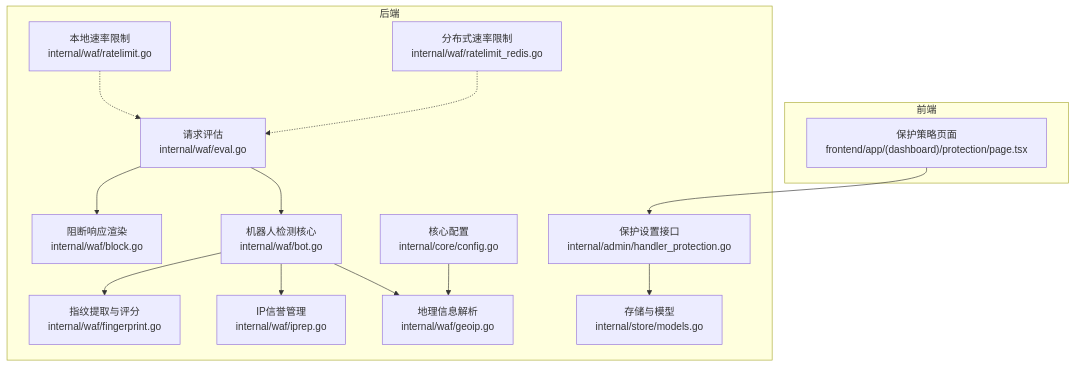
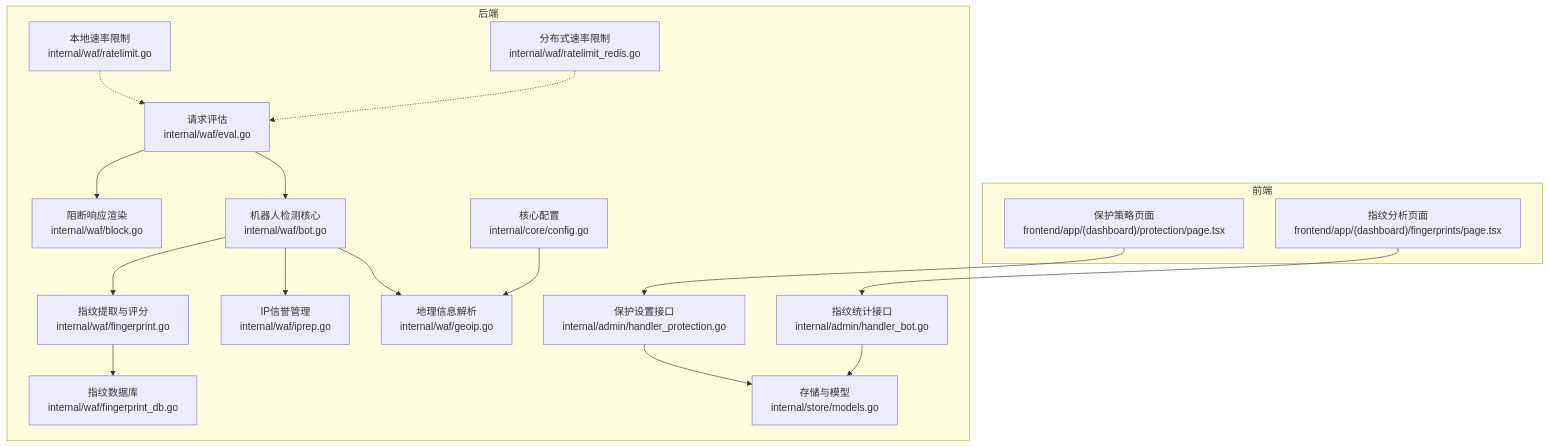
The first of 8 diagrams in docs/安全防护功能/机器人检测.md (x01n/My-OpenWaf), drawn with Mermaid before and after one commit. The commit also changed other lines of this file and 51 other files, not shown here.

````diff
--- a/docs/安全防护功能/机器人检测.md
+++ b/docs/安全防护功能/机器人检测.md
@@ -46,29 +62,35 @@
 ```mermaid
 graph TB
 subgraph "前端"
 FE_Protection["保护策略页面<br/>frontend/app/(dashboard)/protection/page.tsx"]
+FE_Fingerprints["指纹分析页面<br/>frontend/app/(dashboard)/fingerprints/page.tsx"]
 end
 subgraph "后端"
 Eval["请求评估<br/>internal/waf/eval.go"]
 Bot["机器人检测核心<br/>internal/waf/bot.go"]
 FP["指纹提取与评分<br/>internal/waf/fingerprint.go"]
+FPDB["指纹数据库<br/>internal/waf/fingerprint_db.go"]
 Geo["地理信息解析<br/>internal/waf/geoip.go"]
 Rep["IP信誉管理<br/>internal/waf/iprep.go"]
 RL["本地速率限制<br/>internal/waf/ratelimit.go"]
 RLR["分布式速率限制<br/>internal/waf/ratelimit_redis.go"]
 Block["阻断响应渲染<br/>internal/waf/block.go"]
 Store["存储与模型<br/>internal/store/models.go"]
 Cfg["核心配置<br/>internal/core/config.go"]
 AdminHandler["保护设置接口<br/>internal/admin/handler_protection.go"]
+FingerprintHandler["指纹统计接口<br/>internal/admin/handler_bot.go"]
 end
 FE_Protection --> AdminHandler
+FE_Fingerprints --> FingerprintHandler
 AdminHandler --> Store
+FingerprintHandler --> Store
 Eval --> Bot
 Bot --> Geo
 Bot --> Rep
 Bot --> FP
+FP --> FPDB
 RL -.-> Eval
 RLR -.-> Eval
 Eval --> Block
 Cfg --> Geo
 ```
````
